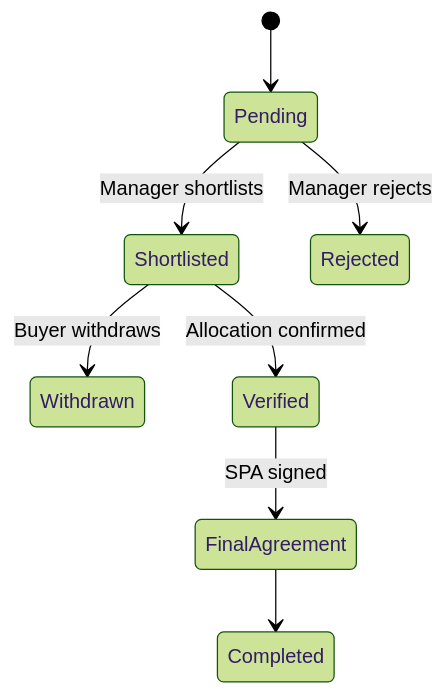
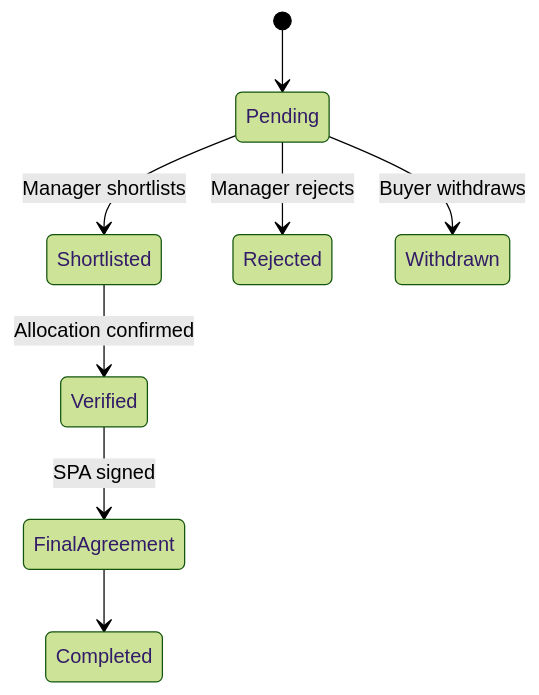
One commit to sampadadiwan/IRM_CompanyMain changed the fifth of 6 diagrams in docs/user_guides/secondary_sales_user_guide.md. Above: the diagram before and after it, drawn with Mermaid (forest theme). The commit also changed other lines of this file and 135 other files, not shown here.

````diff
--- a/docs/user_guides/secondary_sales_user_guide.md
+++ b/docs/user_guides/secondary_sales_user_guide.md
@@ -184,10 +198,10 @@
 ```mermaid
 stateDiagram-v2
     [*] --> Pending
     Pending --> Shortlisted: Manager shortlists
     Pending --> Rejected: Manager rejects
-    Shortlisted --> Withdrawn: Buyer withdraws
+    Pending --> Withdrawn: Buyer withdraws
     Shortlisted --> Verified: Allocation confirmed
     Verified --> FinalAgreement: SPA signed
     FinalAgreement --> Completed
 ```
````
